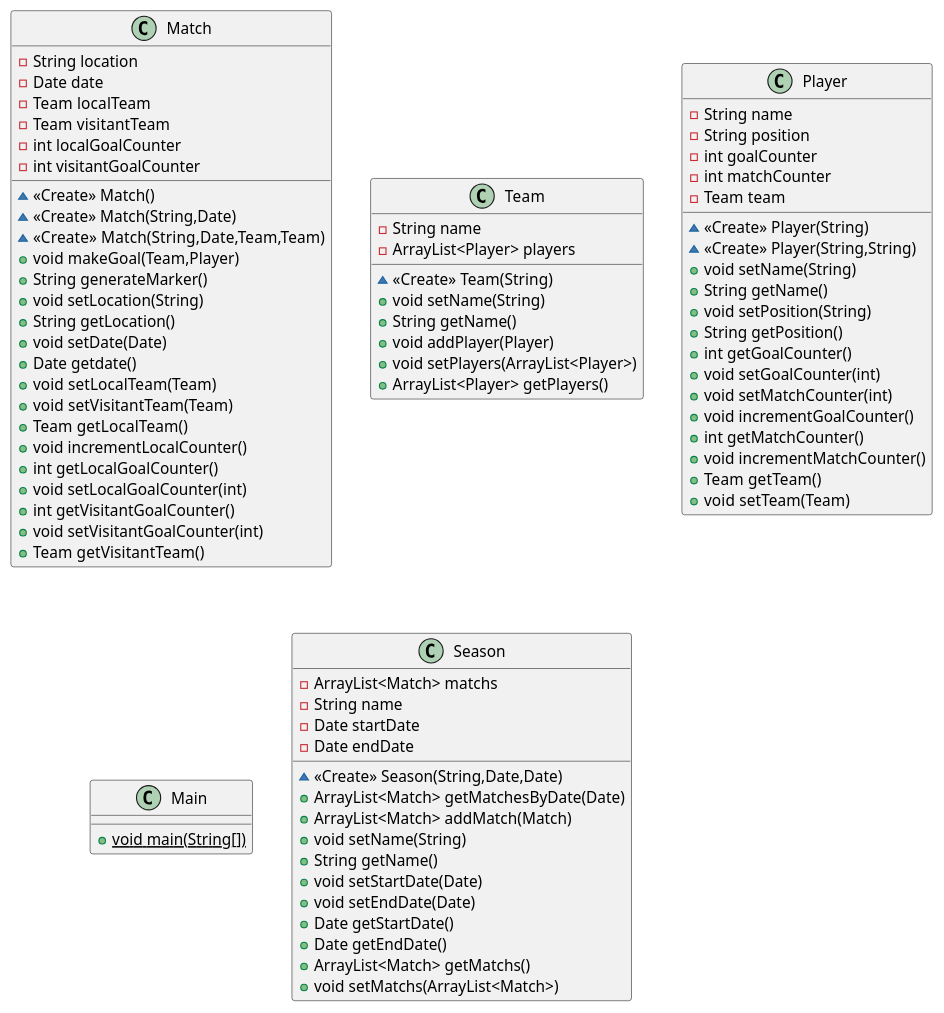
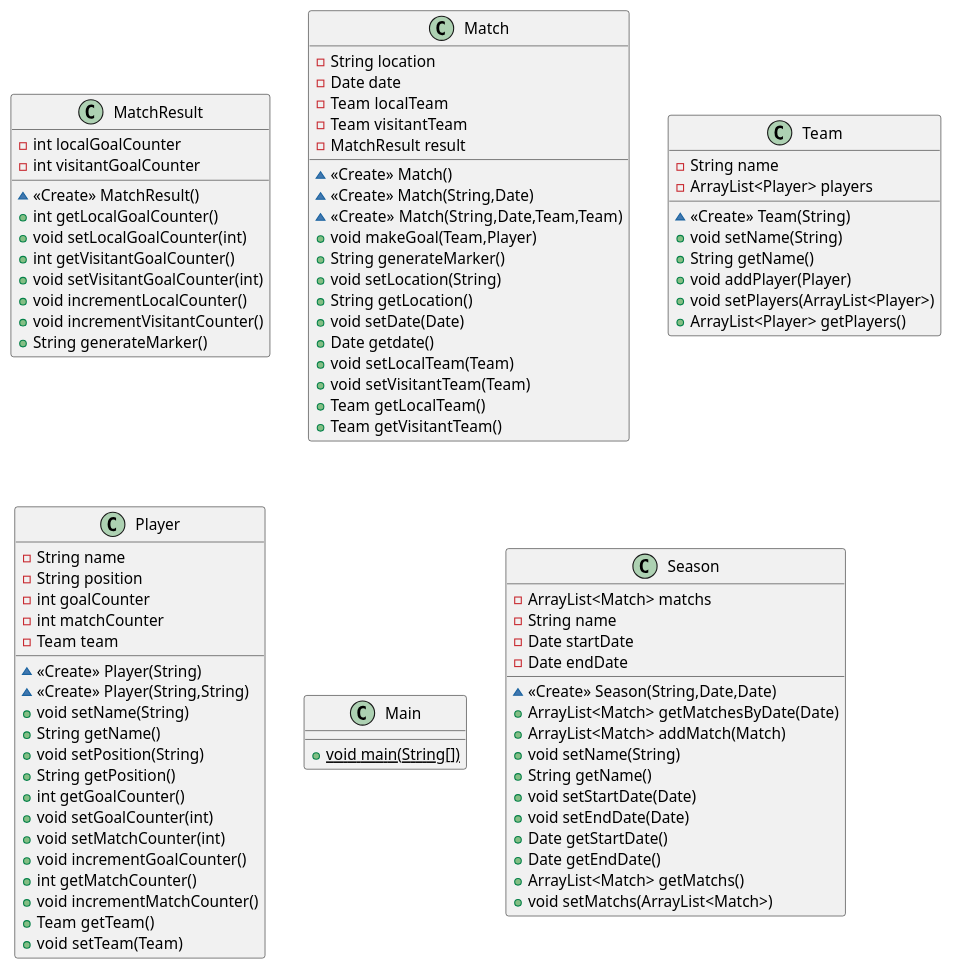
The diagram in tournament.puml (sergiomedinaio/acm2bp_davinci_tournament), drawn with PlantUML before and after one commit.

Commit message:
docs: update class diagram

```diff
--- a/tournament.puml
+++ b/tournament.puml
@@ -1,79 +1,85 @@
 @startuml
+class MatchResult {
+- int localGoalCounter
+- int visitantGoalCounter
+~ <<Create>> MatchResult()
++ int getLocalGoalCounter()
++ void setLocalGoalCounter(int)
++ int getVisitantGoalCounter()
++ void setVisitantGoalCounter(int)
++ void incrementLocalCounter()
++ void incrementVisitantCounter()
++ String generateMarker()
+}
 class Match {
 - String location
 - Date date
 - Team localTeam
 - Team visitantTeam
-- int localGoalCounter
-- int visitantGoalCounter
+- MatchResult result
 ~ <<Create>> Match()
 ~ <<Create>> Match(String,Date)
 ~ <<Create>> Match(String,Date,Team,Team)
 + void makeGoal(Team,Player)
 + String generateMarker()
 + void setLocation(String)
 + String getLocation()
 + void setDate(Date)
 + Date getdate()
 + void setLocalTeam(Team)
 + void setVisitantTeam(Team)
 + Team getLocalTeam()
-+ void incrementLocalCounter()
-+ int getLocalGoalCounter()
-+ void setLocalGoalCounter(int)
-+ int getVisitantGoalCounter()
-+ void setVisitantGoalCounter(int)
 + Team getVisitantTeam()
 }
 class Team {
 - String name
 - ArrayList<Player> players
 ~ <<Create>> Team(String)
 + void setName(String)
 + String getName()
 + void addPlayer(Player)
 + void setPlayers(ArrayList<Player>)
 + ArrayList<Player> getPlayers()
 }
 class Player {
 - String name
 - String position
 - int goalCounter
 - int matchCounter
 - Team team
 ~ <<Create>> Player(String)
 ~ <<Create>> Player(String,String)
 + void setName(String)
 + String getName()
 + void setPosition(String)
 + String getPosition()
 + int getGoalCounter()
 + void setGoalCounter(int)
 + void setMatchCounter(int)
 + void incrementGoalCounter()
 + int getMatchCounter()
 + void incrementMatchCounter()
 + Team getTeam()
 + void setTeam(Team)
 }
 class Main {
 + {static} void main(String[])
 }
 class Season {
 - ArrayList<Match> matchs
 - String name
 - Date startDate
 - Date endDate
 ~ <<Create>> Season(String,Date,Date)
 + ArrayList<Match> getMatchesByDate(Date)
 + ArrayList<Match> addMatch(Match)
 + void setName(String)
 + String getName()
 + void setStartDate(Date)
 + void setEndDate(Date)
 + Date getStartDate()
 + Date getEndDate()
 + ArrayList<Match> getMatchs()
 + void setMatchs(ArrayList<Match>)
 }
 @enduml
```
